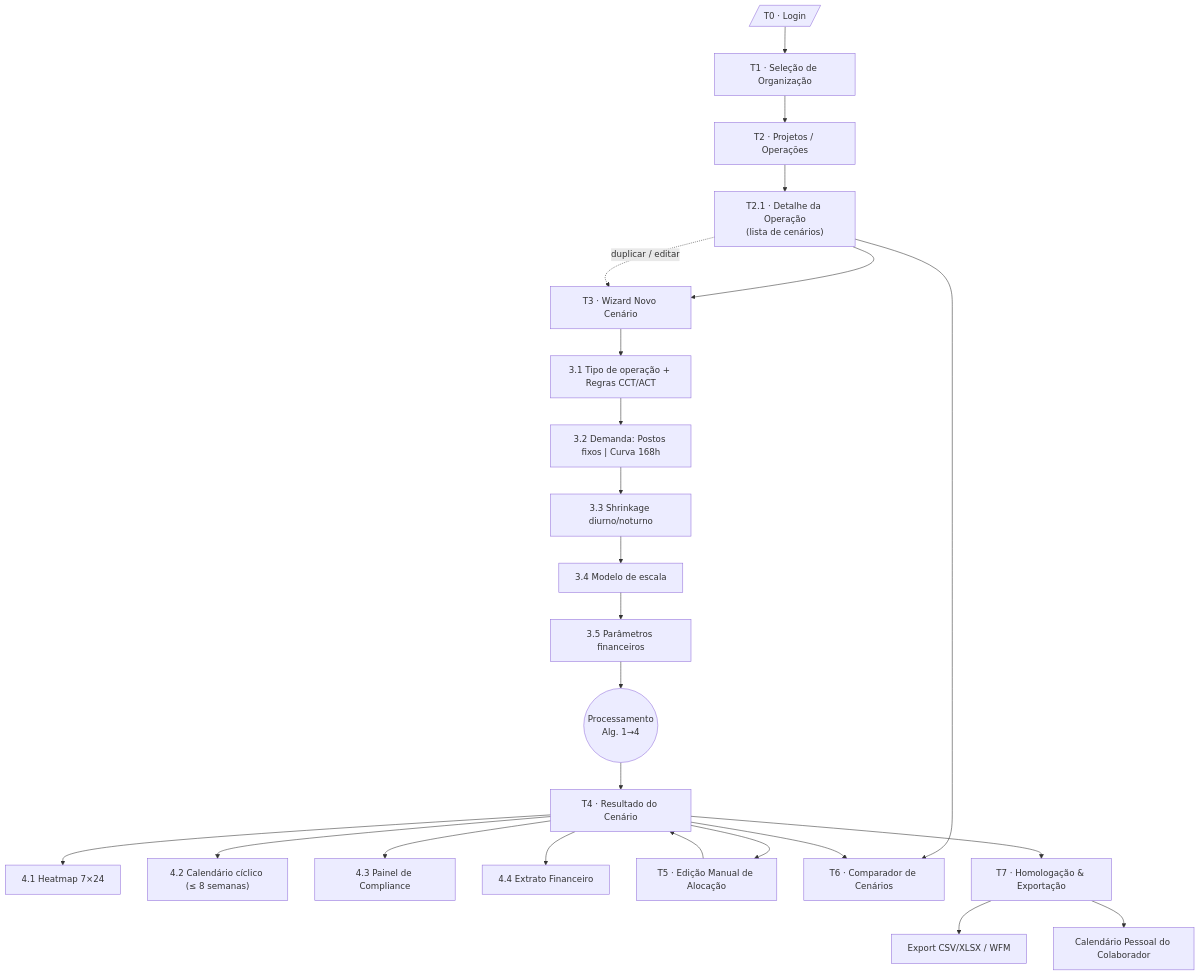
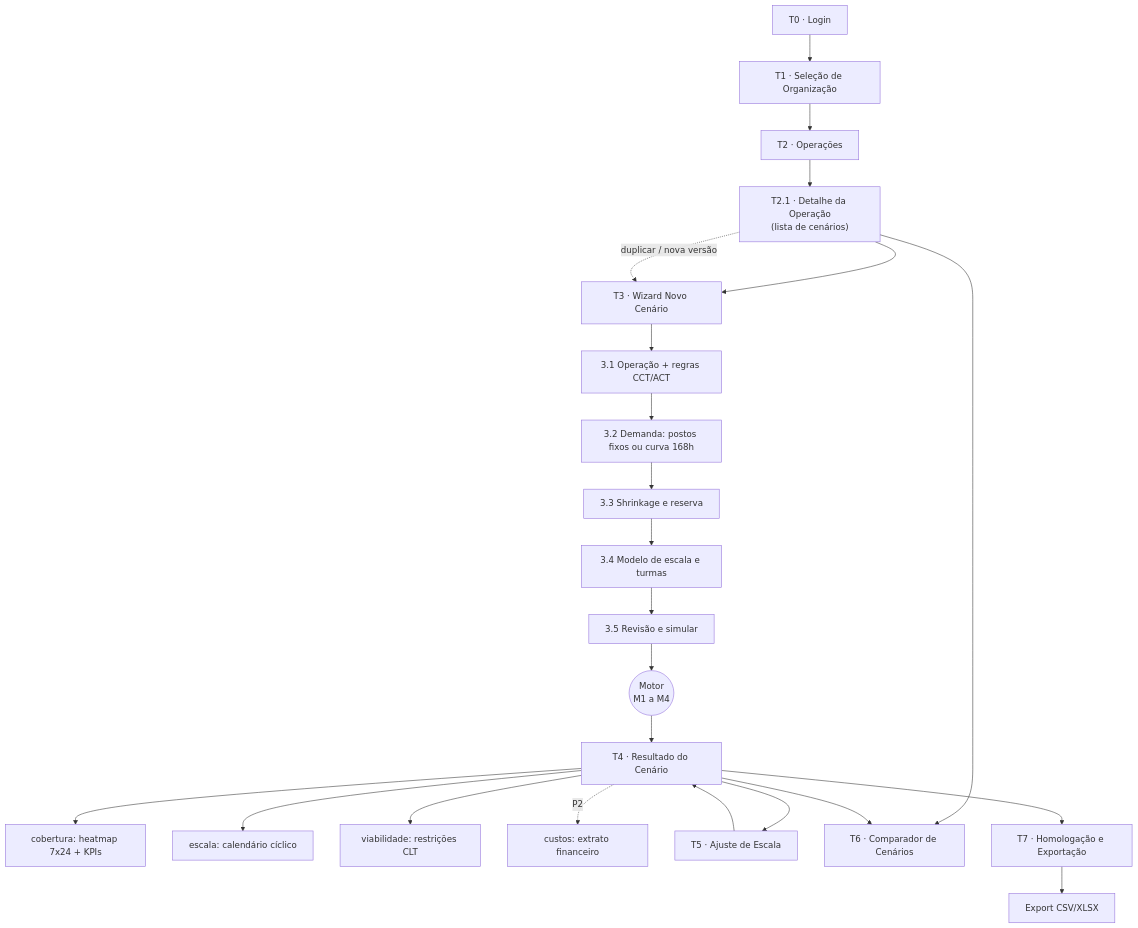
One commit to thgterto/Ferramentas-Web changed the first of 7 diagrams in docs/simulador-escalas/03-fluxo-do-app.md. Above: the diagram before and after it, drawn with Mermaid. The commit also changed other lines of this file and 6 other files, not shown here.

First line of the commit message:
docs: revisão cruzada com foco em cobertura operacional

````diff
--- a/docs/simulador-escalas/03-fluxo-do-app.md
+++ b/docs/simulador-escalas/03-fluxo-do-app.md
@@ -10,26 +10,25 @@
 ```mermaid
 flowchart TD
-    L[/"T0 · Login"/] --> ORG["T1 · Seleção de Organização"]
-    ORG --> PROJ["T2 · Projetos / Operações"]
+    L["T0 · Login"] --> ORG["T1 · Seleção de Organização"]
+    ORG --> PROJ["T2 · Operações"]
     PROJ --> OP["T2.1 · Detalhe da Operação<br/>(lista de cenários)"]
     OP --> WIZ["T3 · Wizard Novo Cenário"]
-    WIZ --> W1["3.1 Tipo de operação + Regras CCT/ACT"]
-    W1 --> W2["3.2 Demanda: Postos fixos | Curva 168h"]
-    W2 --> W3["3.3 Shrinkage diurno/noturno"]
-    W3 --> W4["3.4 Modelo de escala"]
-    W4 --> W5["3.5 Parâmetros financeiros"]
-    W5 --> CALC(("Processamento<br/>Alg. 1→4"))
+    WIZ --> W1["3.1 Operação + regras CCT/ACT"]
+    W1 --> W2["3.2 Demanda: postos fixos ou curva 168h"]
+    W2 --> W3["3.3 Shrinkage e reserva"]
+    W3 --> W4["3.4 Modelo de escala e turmas"]
+    W4 --> W5["3.5 Revisão e simular"]
+    W5 --> CALC(("Motor<br/>M1 a M4"))
     CALC --> RES["T4 · Resultado do Cenário"]
-    RES --> R1["4.1 Heatmap 7×24"]
-    RES --> R2["4.2 Calendário cíclico (≤ 8 semanas)"]
-    RES --> R3["4.3 Painel de Compliance"]
-    RES --> R4["4.4 Extrato Financeiro"]
-    RES --> EDIT["T5 · Edição Manual de Alocação"]
+    RES --> R1["cobertura: heatmap 7x24 + KPIs"]
+    RES --> R2["escala: calendário cíclico"]
+    RES --> R3["viabilidade: restrições CLT"]
+    RES -. "P2" .-> R4["custos: extrato financeiro"]
+    RES --> EDIT["T5 · Ajuste de Escala"]
     EDIT --> RES
     OP --> CMP["T6 · Comparador de Cenários"]
     RES --> CMP
-    RES --> HOM["T7 · Homologação & Exportação"]
-    HOM --> EXP1["Export CSV/XLSX / WFM"]
-    HOM --> EXP2["Calendário Pessoal do Colaborador"]
-    OP -. "duplicar / editar" .-> WIZ
+    RES --> HOM["T7 · Homologação e Exportação"]
+    HOM --> EXP1["Export CSV/XLSX"]
+    OP -. "duplicar / nova versão" .-> WIZ
 ```
````
